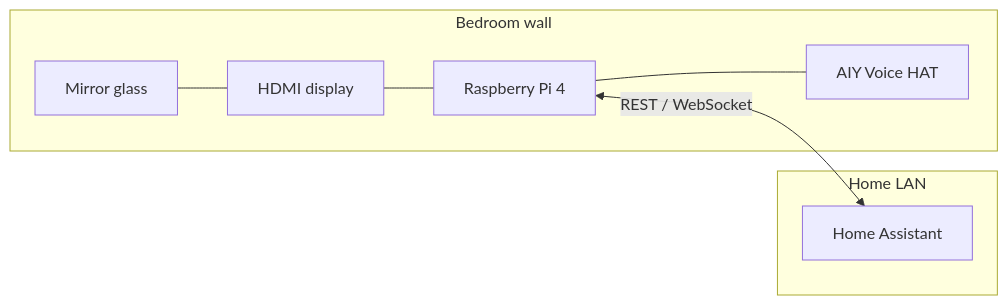
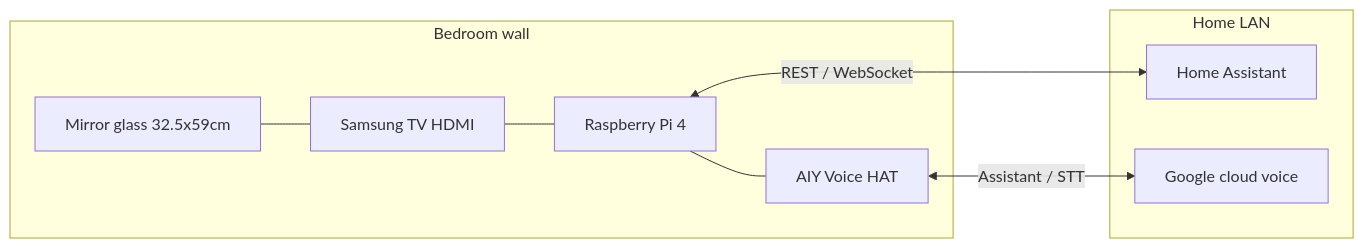
Before and after one commit to mattschoenholz/magic-mirror: the diagram in docs/ARCHITECTURE.md, drawn with Mermaid. The commit also changed other lines of this file and 10 other files, not shown here.

````diff
--- a/docs/ARCHITECTURE.md
+++ b/docs/ARCHITECTURE.md
@@ -10,16 +10,18 @@
 ```mermaid
 flowchart LR
   subgraph room [Bedroom wall]
-    MG[Mirror glass]
-    DISP[HDMI display]
+    MG[Mirror glass 32.5x59cm]
+    DISP[Samsung TV HDMI]
     PI[Raspberry Pi 4]
     HAT[AIY Voice HAT]
   end
   subgraph home [Home LAN]
     HA[Home Assistant]
+    GC[Google cloud voice]
   end
   MG --- DISP
   DISP --- PI
   PI --- HAT
   PI <-->|REST / WebSocket| HA
+  HAT <-->|Assistant / STT| GC
 ```
````
